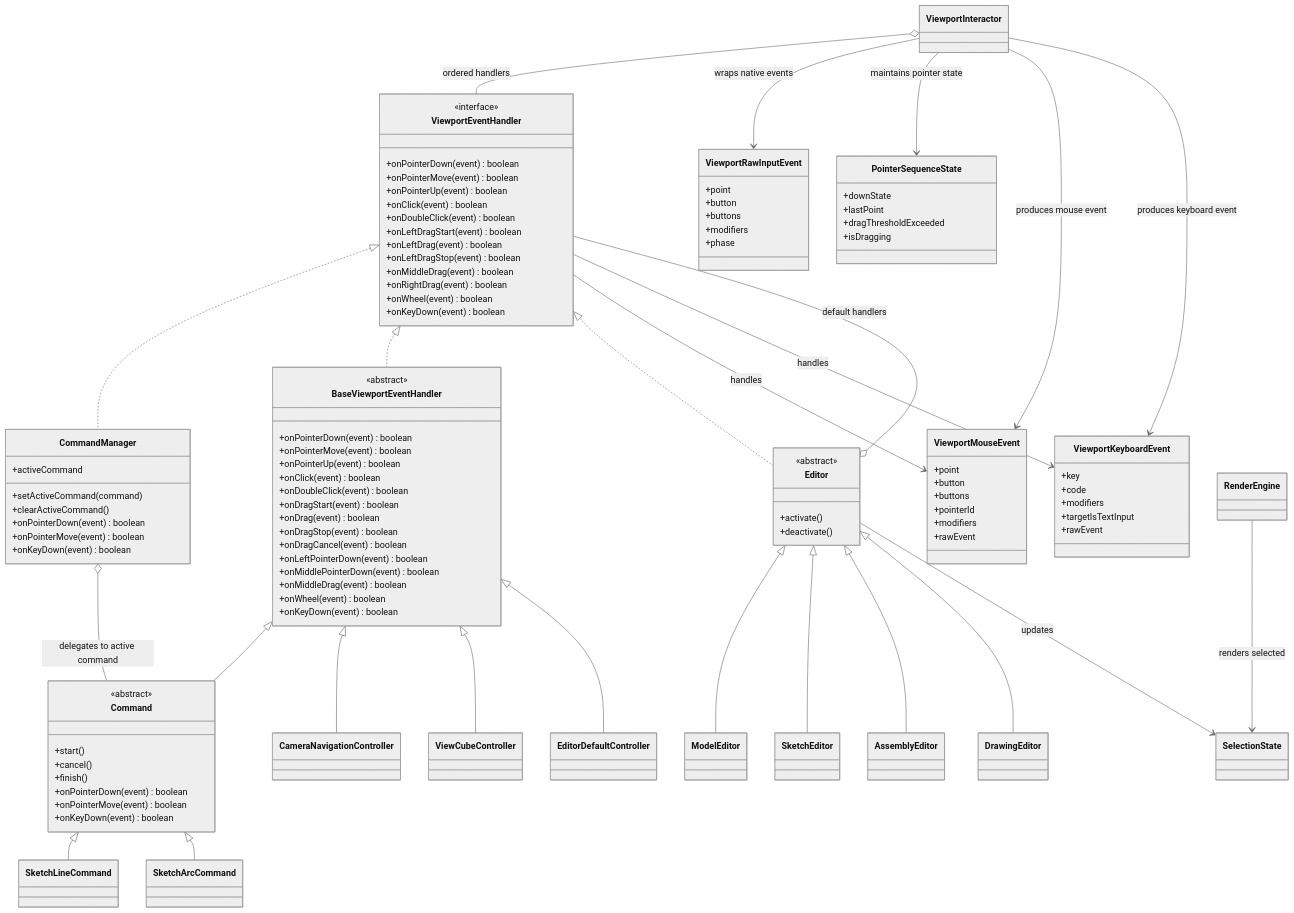
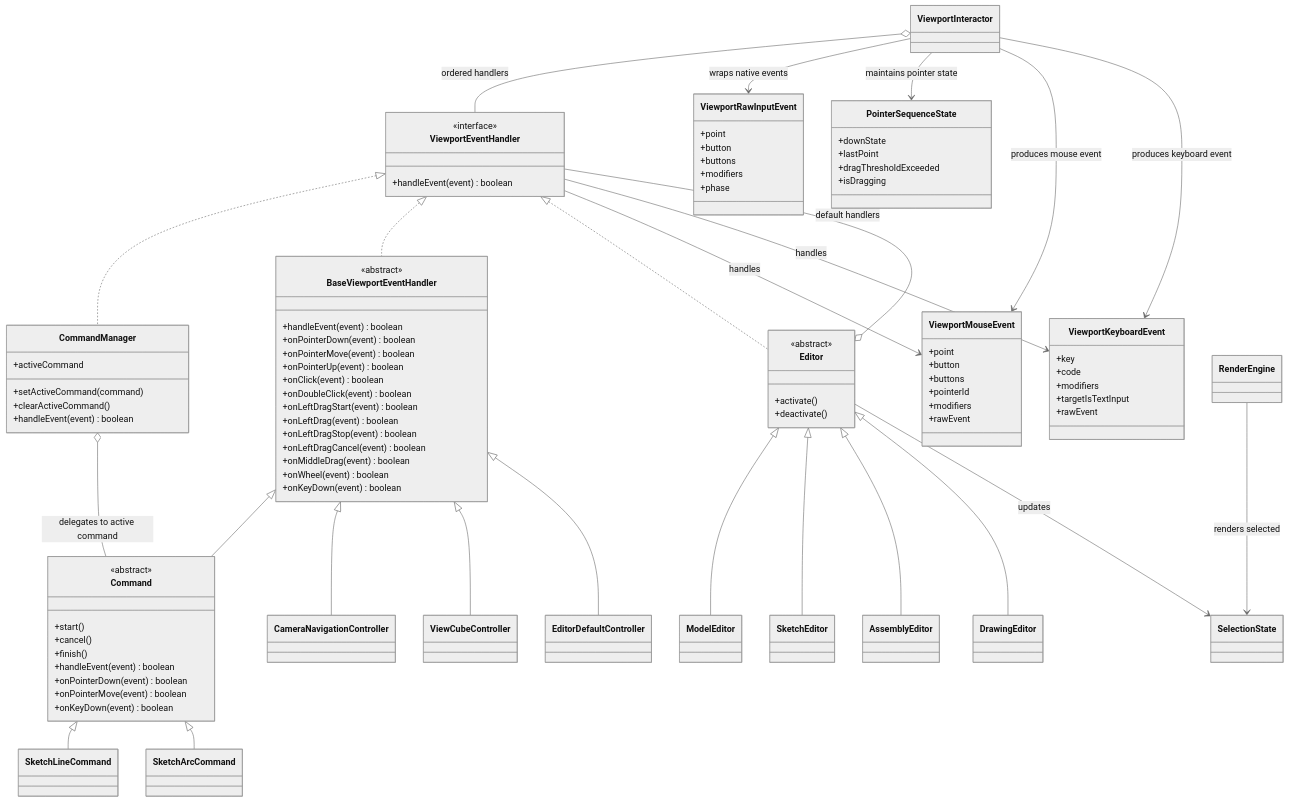
One commit to genewanggang-sudo/occt-draw-web changed the diagram in docs/2026-06-12 视口事件系统架构重构草案.md. Above: the diagram before and after it, drawn with Mermaid (neutral theme). The commit also changed other lines of this file and 5 other files, not shown here.

```diff
--- a/docs/2026-06-12 视口事件系统架构重构草案.md
+++ b/docs/2026-06-12 视口事件系统架构重构草案.md
@@ -93,18 +93,7 @@
 classDiagram
     class ViewportEventHandler {
       <<interface>>
-      +onPointerDown(event) boolean
-      +onPointerMove(event) boolean
-      +onPointerUp(event) boolean
-      +onClick(event) boolean
-      +onDoubleClick(event) boolean
-      +onLeftDragStart(event) boolean
-      +onLeftDrag(event) boolean
-      +onLeftDragStop(event) boolean
-      +onMiddleDrag(event) boolean
-      +onRightDrag(event) boolean
-      +onWheel(event) boolean
-      +onKeyDown(event) boolean
+      +handleEvent(event) boolean
     }
 
     class ViewportRawInputEvent {
@@ -141,17 +130,16 @@
 
     class BaseViewportEventHandler {
       <<abstract>>
+      +handleEvent(event) boolean
       +onPointerDown(event) boolean
       +onPointerMove(event) boolean
       +onPointerUp(event) boolean
       +onClick(event) boolean
       +onDoubleClick(event) boolean
-      +onDragStart(event) boolean
-      +onDrag(event) boolean
-      +onDragStop(event) boolean
-      +onDragCancel(event) boolean
-      +onLeftPointerDown(event) boolean
-      +onMiddlePointerDown(event) boolean
+      +onLeftDragStart(event) boolean
+      +onLeftDrag(event) boolean
+      +onLeftDragStop(event) boolean
+      +onLeftDragCancel(event) boolean
       +onMiddleDrag(event) boolean
       +onWheel(event) boolean
       +onKeyDown(event) boolean
@@ -161,9 +149,7 @@
       +activeCommand
       +setActiveCommand(command)
       +clearActiveCommand()
-      +onPointerDown(event) boolean
-      +onPointerMove(event) boolean
-      +onKeyDown(event) boolean
+      +handleEvent(event) boolean
     }
 
     class Command {
@@ -171,6 +157,7 @@
       +start()
       +cancel()
       +finish()
+      +handleEvent(event) boolean
       +onPointerDown(event) boolean
       +onPointerMove(event) boolean
       +onKeyDown(event) boolean
```
